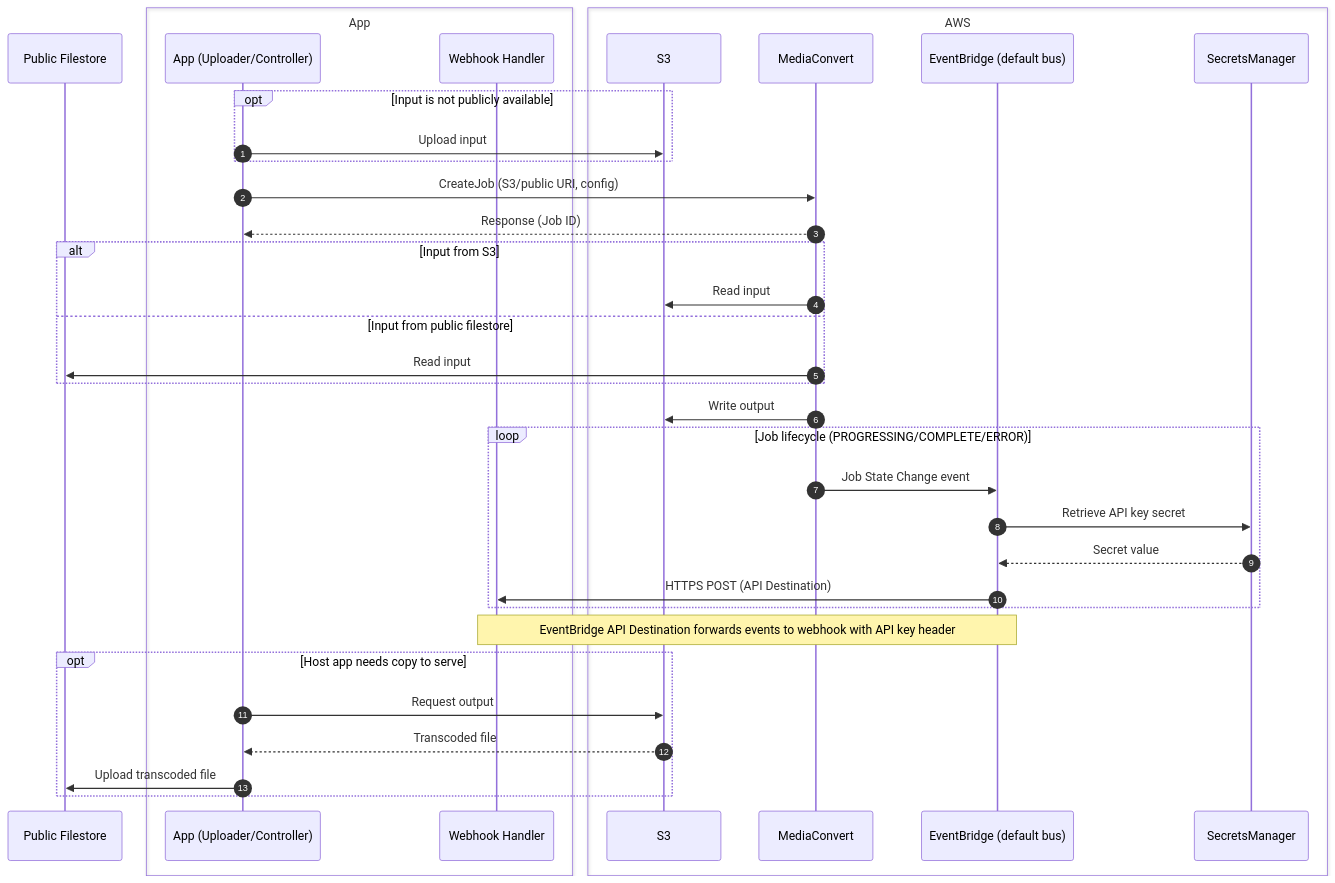
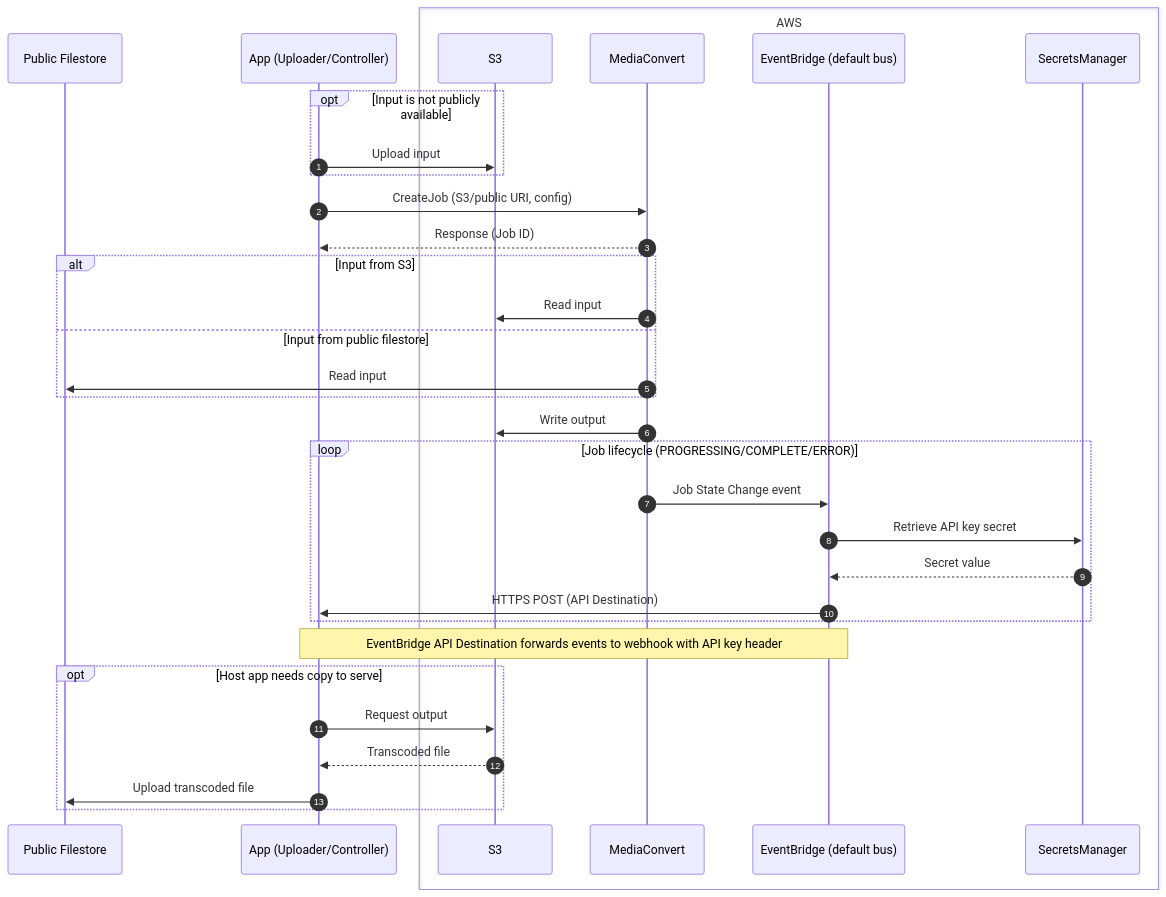
The diagram in docs/transcoding/aws_elemental_mediaconvert.md (ianmeigh/wagtailmedia), drawn with Mermaid before and after one commit.

Commit message:
docs: simplify app in sequence diagram

````diff
--- a/docs/transcoding/aws_elemental_mediaconvert.md
+++ b/docs/transcoding/aws_elemental_mediaconvert.md
@@ -38,48 +38,43 @@
 ```mermaid
 sequenceDiagram
     autonumber
 
     participant WEB as Public Filestore
-
-    box App
-        participant APP as App (Uploader/Controller)
-        participant WH as Webhook Handler
-    end
+    participant APP as App (Uploader/Controller)
 
     box AWS
-
         participant S3 as S3
         participant EMC as MediaConvert
         participant EB as EventBridge (default bus)
         participant SM as SecretsManager
     end
 
     opt Input is not publicly available
         APP->>S3: Upload input
     end
     APP->>EMC: CreateJob (S3/public URI, config)
     EMC-->>APP: Response (Job ID)
     alt Input from S3
       EMC->>S3: Read input
     else Input from public filestore
       EMC->>WEB: Read input
     end
 
     EMC->>S3: Write output
 
     loop Job lifecycle (PROGRESSING/COMPLETE/ERROR)
         EMC->>EB: Job State Change event
         EB->>SM:  Retrieve API key secret
         SM-->>EB: Secret value
-        EB->>WH: HTTPS POST (API Destination)
+        EB->>APP: HTTPS POST (API Destination)
     end
 
-    Note over EB,WH: EventBridge API Destination forwards events to webhook with API key header
+    Note over EB,APP: EventBridge API Destination forwards events to webhook with API key header
 
     opt Host app needs copy to serve
         APP->>S3: Request output
         S3-->>APP: Transcoded file
         APP->>WEB: Upload transcoded file
     end
 
 ```
````
